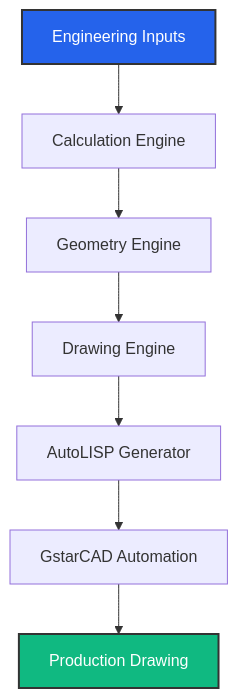
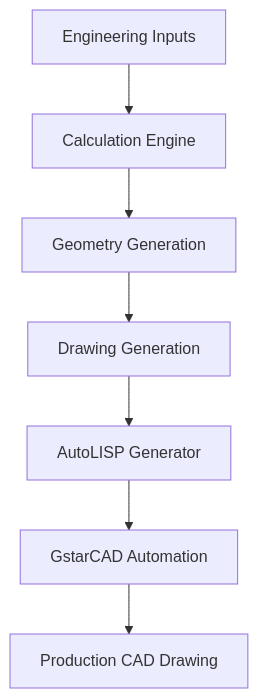
Before and after one commit to NullOrigin06/mega-engineering-suite: the first of 2 diagrams in README.md, drawn with Mermaid. The commit also changed other lines of this file, not shown here.

Commit message:
Docs: Redesign README for a clean, professional engineering aesthetic

````diff
--- a/README.md
+++ b/README.md
@@ -97,12 +83,9 @@
 ```mermaid
 graph TD;
-    A[Engineering Inputs]:::blue --> B[Calculation Engine];
-    B --> C[Geometry Engine];
-    C --> D[Drawing Engine];
+    A[Engineering Inputs] --> B[Calculation Engine];
+    B --> C[Geometry Generation];
+    C --> D[Drawing Generation];
     D --> E[AutoLISP Generator];
     E --> F[GstarCAD Automation];
-    F --> G[Production Drawing]:::green;
-
-    classDef blue fill:#2563EB,stroke:#333,stroke-width:2px,color:#fff;
-    classDef green fill:#10B981,stroke:#333,stroke-width:2px,color:#fff;
+    F --> G[Production CAD Drawing];
 ```
````
